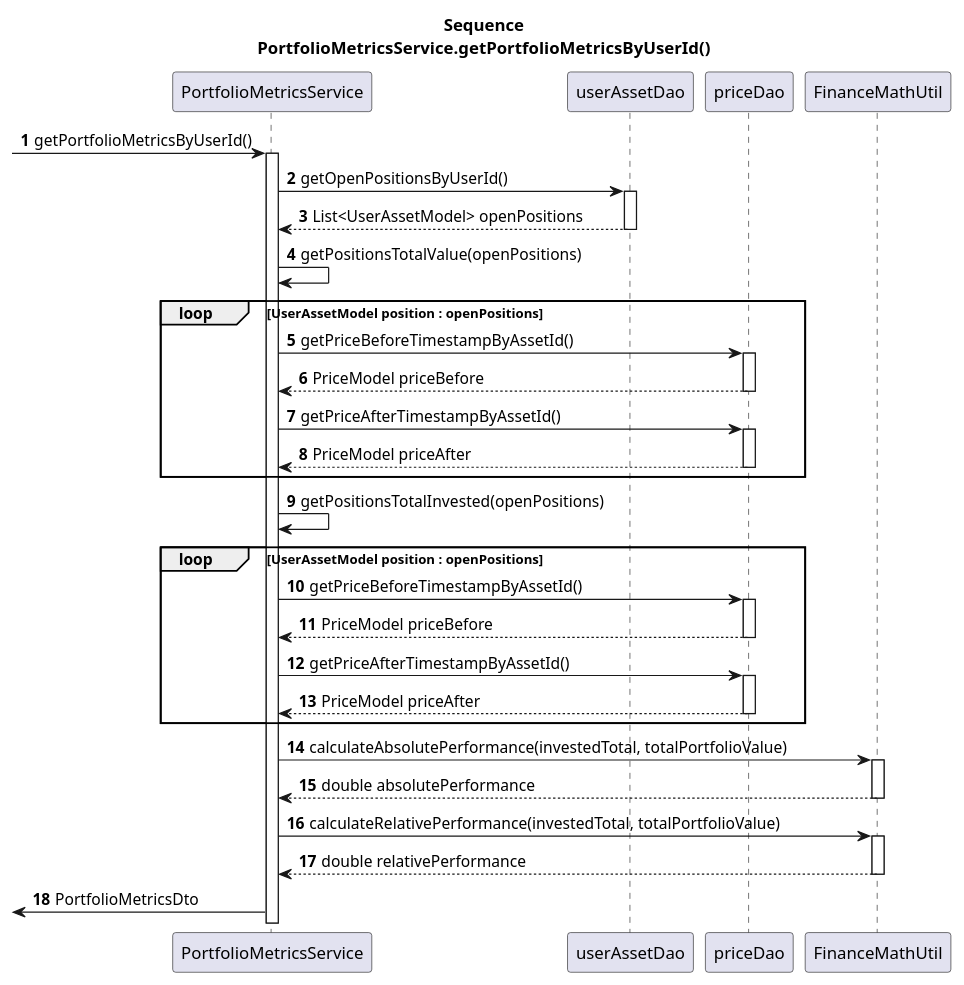
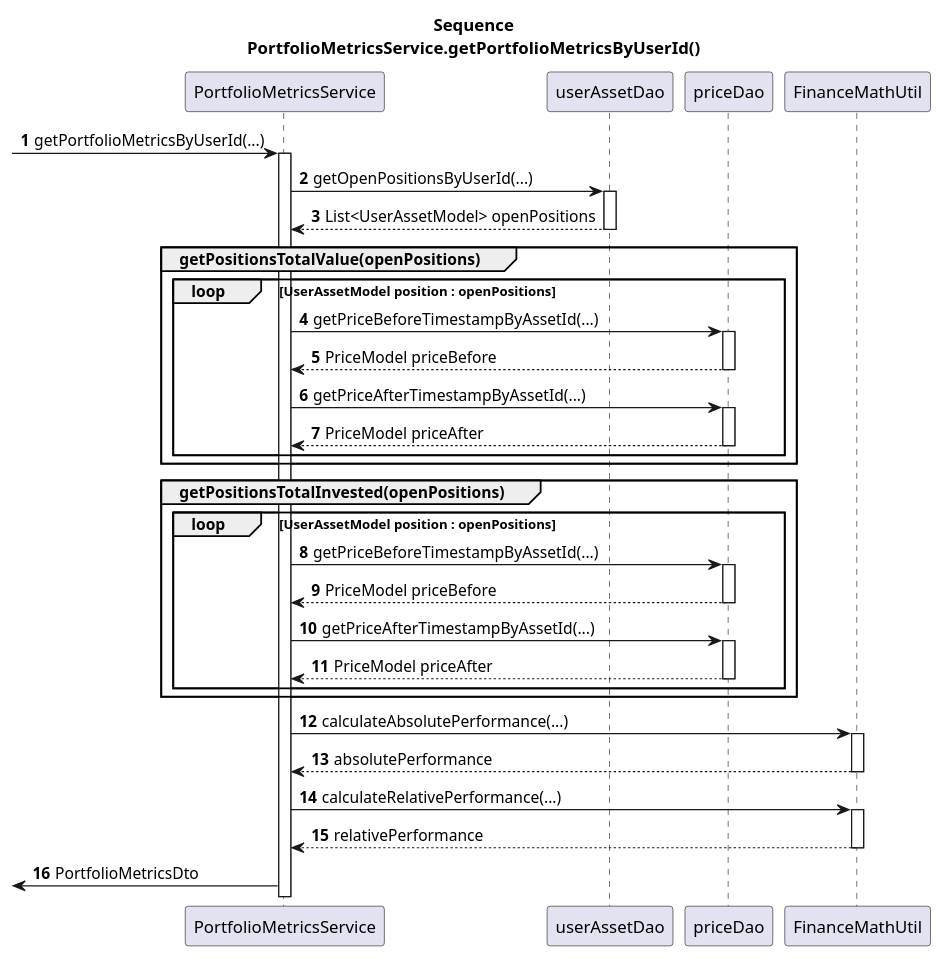
The diagram in uml/PortfolioMetricsServiceSequenceDiagram.puml (BA-2025-2026/JAVA_SimonJonas_Anlagendashboard), drawn with PlantUML before and after one commit. The commit also changed 1 other file, not shown here.

Commit message:
Finish Sequence Diagram for PortfolioMetricsService

```diff
--- a/uml/PortfolioMetricsServiceSequenceDiagram.puml
+++ b/uml/PortfolioMetricsServiceSequenceDiagram.puml
@@ -1,63 +1,64 @@
 @startuml
 'https://plantuml.com/sequence-diagram
 
 autonumber
 
 'TODO: Könnte noch verschönert werden, z.B. getPriceByTimeAndAssetId wird implizit aufgerufen, aber nie dargestellt
 title: Sequence\nPortfolioMetricsService.getPortfolioMetricsByUserId()
 
 participant PortfolioMetricsService as Service
 participant userAssetDao
 participant priceDao
 
-[-> Service : getPortfolioMetricsByUserId()
+[-> Service : getPortfolioMetricsByUserId(...)
 activate Service
 
 ' TODO: if userid <0 check... ??
 
-Service -> userAssetDao: getOpenPositionsByUserId()
+Service -> userAssetDao: getOpenPositionsByUserId(...)
 activate userAssetDao
 userAssetDao --> Service: List<UserAssetModel> openPositions
 deactivate userAssetDao
 
 ' TODO: if open positions = null
 
-Service -> Service: getPositionsTotalValue(openPositions)
-loop UserAssetModel position : openPositions
-    Service -> priceDao: getPriceBeforeTimestampByAssetId()
-    activate priceDao
-    Service <-- priceDao: PriceModel priceBefore
-    deactivate priceDao
-    Service -> priceDao: getPriceAfterTimestampByAssetId()
-    activate priceDao
-    Service <-- priceDao: PriceModel priceAfter
-    deactivate priceDao
+group getPositionsTotalValue(openPositions)
+    loop UserAssetModel position : openPositions
+        Service -> priceDao: getPriceBeforeTimestampByAssetId(...)
+        activate priceDao
+        Service <-- priceDao: PriceModel priceBefore
+        deactivate priceDao
+        Service -> priceDao: getPriceAfterTimestampByAssetId(...)
+        activate priceDao
+        Service <-- priceDao: PriceModel priceAfter
+        deactivate priceDao
+    end
 end
 
-Service -> Service: getPositionsTotalInvested(openPositions)
-
-loop UserAssetModel position : openPositions
-    Service -> priceDao: getPriceBeforeTimestampByAssetId()
-    activate priceDao
-    Service <-- priceDao: PriceModel priceBefore
-    deactivate priceDao
-    Service -> priceDao: getPriceAfterTimestampByAssetId()
-    activate priceDao
-    Service <-- priceDao: PriceModel priceAfter
-    deactivate priceDao
+group getPositionsTotalInvested(openPositions)
+    loop UserAssetModel position : openPositions
+        Service -> priceDao: getPriceBeforeTimestampByAssetId(...)
+        activate priceDao
+        Service <-- priceDao: PriceModel priceBefore
+        deactivate priceDao
+        Service -> priceDao: getPriceAfterTimestampByAssetId(...)
+        activate priceDao
+        Service <-- priceDao: PriceModel priceAfter
+        deactivate priceDao
+    end
 end
 
 participant FinanceMathUtil
-Service -> FinanceMathUtil: calculateAbsolutePerformance(investedTotal, totalPortfolioValue)
+Service -> FinanceMathUtil: calculateAbsolutePerformance(...)
 activate FinanceMathUtil
-Service <-- FinanceMathUtil: double absolutePerformance
+Service <-- FinanceMathUtil: absolutePerformance
 deactivate FinanceMathUtil
 
-Service -> FinanceMathUtil: calculateRelativePerformance(investedTotal, totalPortfolioValue)
+Service -> FinanceMathUtil: calculateRelativePerformance(...)
 activate FinanceMathUtil
-Service <-- FinanceMathUtil: double relativePerformance
+Service <-- FinanceMathUtil: relativePerformance
 deactivate FinanceMathUtil
 
 [<- Service : PortfolioMetricsDto
 
 @enduml
```
